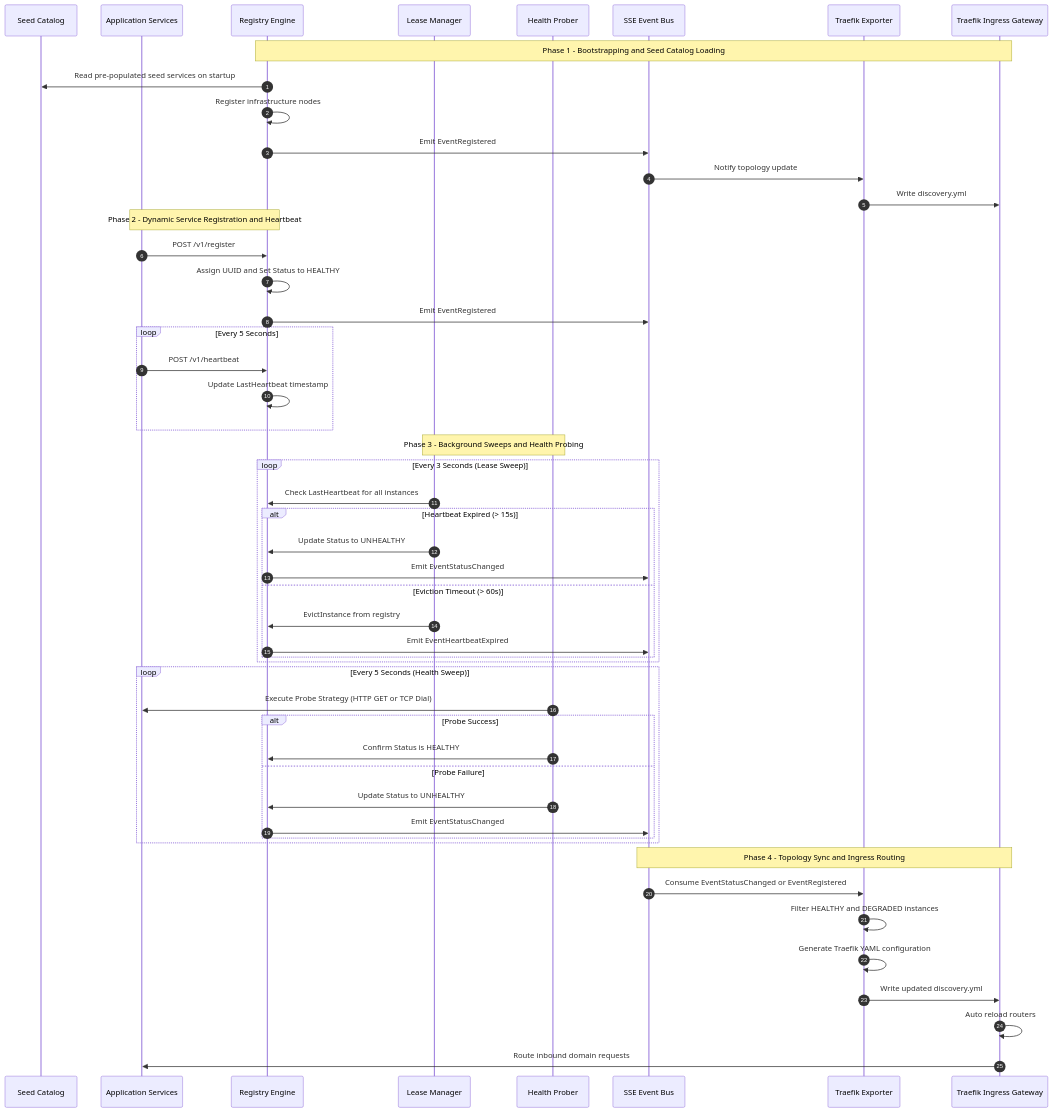
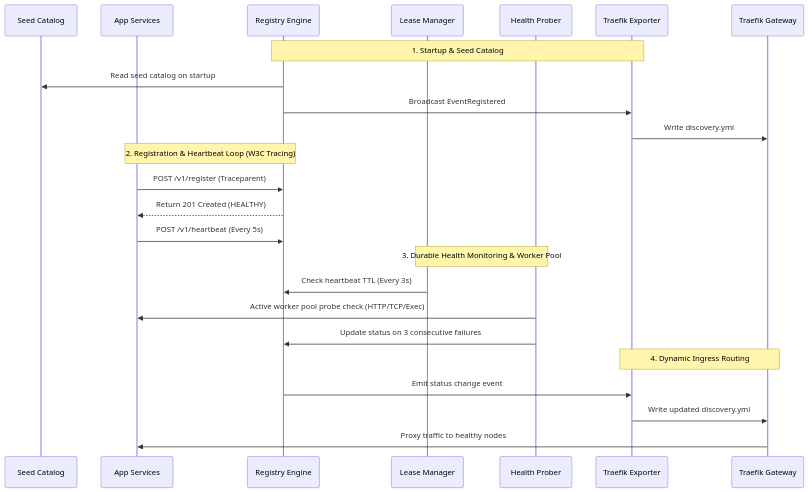
Before and after one commit to Chief-Strategist-J/llm-obs-infra: the second of 6 diagrams in docs/architectureDoc/adr-0009-service-registry-and-discovery.md, drawn with Mermaid. The commit also changed other lines of this file and 15 other files, not shown here.

````diff
--- a/docs/architectureDoc/adr-0009-service-registry-and-discovery.md
+++ b/docs/architectureDoc/adr-0009-service-registry-and-discovery.md
@@ -121,58 +169,30 @@
 ```mermaid
 sequenceDiagram
-    autonumber
     participant Catalog as Seed Catalog
-    participant App as Application Services
+    participant App as App Services
     participant Reg as Registry Engine
     participant Lease as Lease Manager
     participant Probe as Health Prober
-    participant SSE as SSE Event Bus
-    participant TraefikExp as Traefik Exporter
-    participant Traefik as Traefik Ingress Gateway
+    participant Exporter as Traefik Exporter
+    participant Traefik as Traefik Gateway
 
-    note over Reg, Traefik: Phase 1 - Bootstrapping and Seed Catalog Loading
-    Reg->>Catalog: Read pre-populated seed services on startup
-    Reg->>Reg: Register infrastructure nodes
-    Reg->>SSE: Emit EventRegistered
-    SSE->>TraefikExp: Notify topology update
-    TraefikExp->>Traefik: Write discovery.yml
+    Note over Reg, Exporter: 1. Startup & Seed Catalog
+    Reg->>Catalog: Read seed catalog on startup
+    Reg->>Exporter: Broadcast EventRegistered
+    Exporter->>Traefik: Write discovery.yml
 
-    note over App, Reg: Phase 2 - Dynamic Service Registration and Heartbeat
-    App->>Reg: POST /v1/register
-    Reg->>Reg: Assign UUID and Set Status to HEALTHY
-    Reg->>SSE: Emit EventRegistered
-    loop Every 5 Seconds
-        App->>Reg: POST /v1/heartbeat
-        Reg->>Reg: Update LastHeartbeat timestamp
-    end
+    Note over App, Reg: 2. Registration & Heartbeat Loop (W3C Tracing)
+    App->>Reg: POST /v1/register (Traceparent)
+    Reg-->>App: Return 201 Created (HEALTHY)
+    App->>Reg: POST /v1/heartbeat (Every 5s)
 
-    note over Lease, Probe: Phase 3 - Background Sweeps and Health Probing
-    loop Every 3 Seconds (Lease Sweep)
-        Lease->>Reg: Check LastHeartbeat for all instances
-        alt Heartbeat Expired (> 15s)
-            Lease->>Reg: Update Status to UNHEALTHY
-            Reg->>SSE: Emit EventStatusChanged
-        else Eviction Timeout (> 60s)
-            Lease->>Reg: EvictInstance from registry
-            Reg->>SSE: Emit EventHeartbeatExpired
-        end
-    end
+    Note over Lease, Probe: 3. Durable Health Monitoring & Worker Pool
+    Lease->>Reg: Check heartbeat TTL (Every 3s)
+    Probe->>App: Active worker pool probe check (HTTP/TCP/Exec)
+    Probe->>Reg: Update status on 3 consecutive failures
 
-    loop Every 5 Seconds (Health Sweep)
-        Probe->>App: Execute Probe Strategy (HTTP GET or TCP Dial)
-        alt Probe Success
-            Probe->>Reg: Confirm Status is HEALTHY
-        else Probe Failure
-            Probe->>Reg: Update Status to UNHEALTHY
-            Reg->>SSE: Emit EventStatusChanged
-        end
-    end
-
-    note over SSE, Traefik: Phase 4 - Topology Sync and Ingress Routing
-    SSE->>TraefikExp: Consume EventStatusChanged or EventRegistered
-    TraefikExp->>TraefikExp: Filter HEALTHY and DEGRADED instances
-    TraefikExp->>TraefikExp: Generate Traefik YAML configuration
-    TraefikExp->>Traefik: Write updated discovery.yml
-    Traefik->>Traefik: Auto reload routers
-    Traefik->>App: Route inbound domain requests
+    Note over Exporter, Traefik: 4. Dynamic Ingress Routing
+    Reg->>Exporter: Emit status change event
+    Exporter->>Traefik: Write updated discovery.yml
+    Traefik->>App: Proxy traffic to healthy nodes
 ```
````
